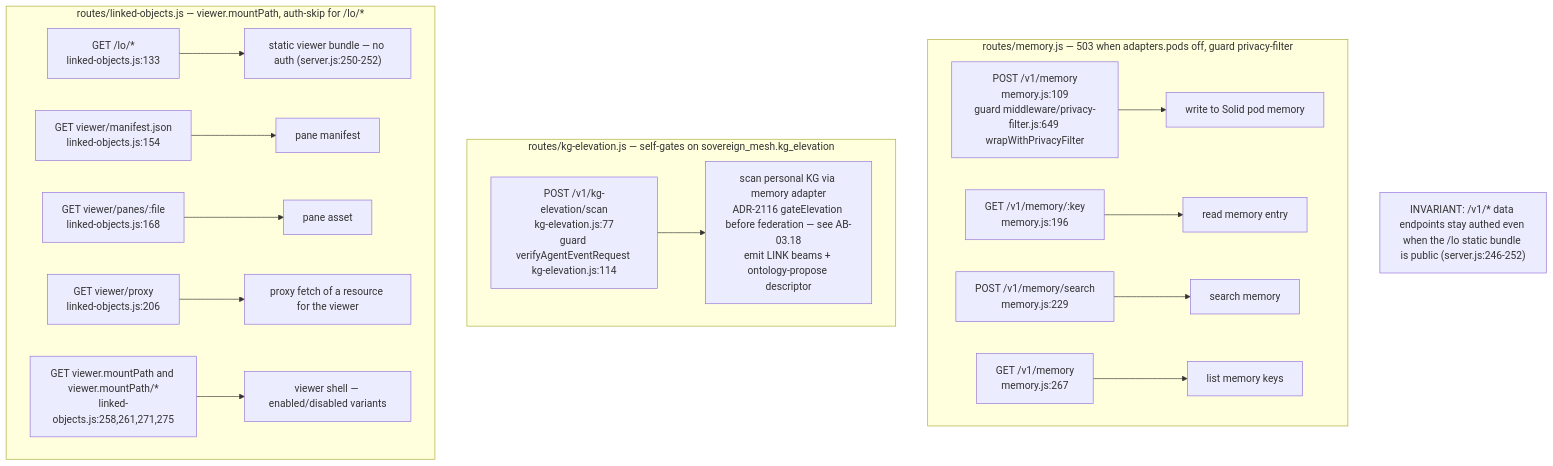
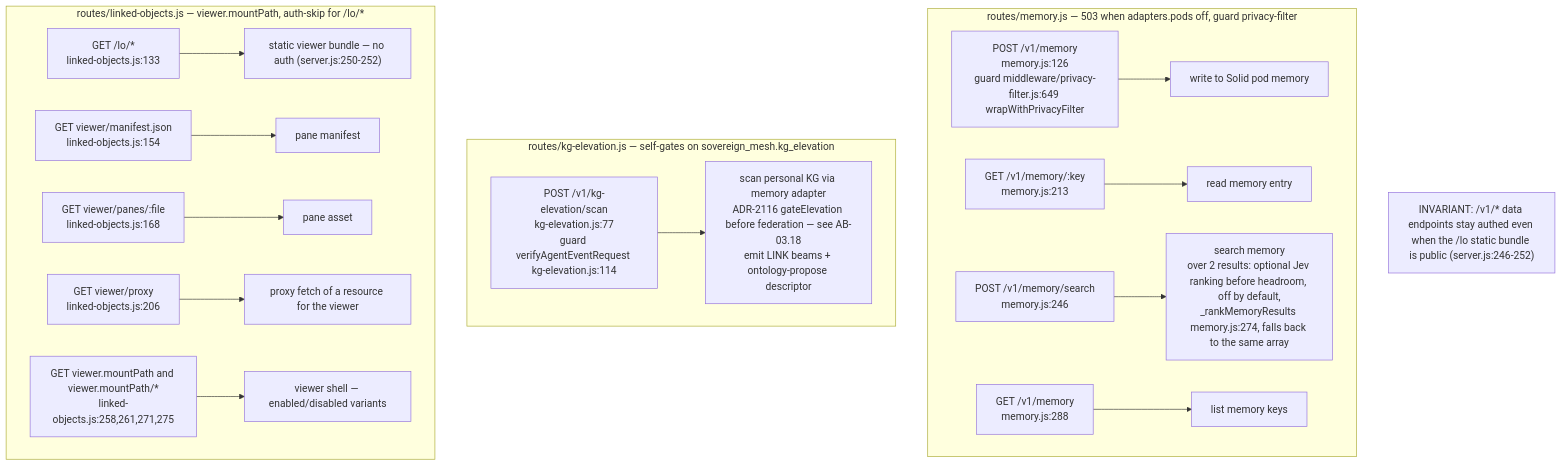
One commit to DreamLab-AI/VisionFlow changed the eighth of 17 diagrams in docs/diagrams/agentbox/03-management-api-request-lifecycle.md. Above: the diagram before and after it, drawn with Mermaid. The commit also changed other lines of this file and 160 other files, not shown here.

````diff
--- a/docs/diagrams/agentbox/03-management-api-request-lifecycle.md
+++ b/docs/diagrams/agentbox/03-management-api-request-lifecycle.md
@@ -332,20 +332,20 @@
 ```mermaid
 flowchart TD
     subgraph memory["routes/memory.js — 503 when adapters.pods off, guard privacy-filter"]
-        M1["POST /v1/memory<br/>memory.js:109<br/>guard middleware/privacy-filter.js:649 wrapWithPrivacyFilter"] --> MH1["write to Solid pod memory"]
-        M2["GET /v1/memory/:key<br/>memory.js:196"] --> MH2["read memory entry"]
-        M3["POST /v1/memory/search<br/>memory.js:229"] --> MH3["search memory"]
-        M4["GET /v1/memory<br/>memory.js:267"] --> MH4["list memory keys"]
+        M1["POST /v1/memory<br/>memory.js:126<br/>guard middleware/privacy-filter.js:649 wrapWithPrivacyFilter"] --> MH1["write to Solid pod memory"]
+        M2["GET /v1/memory/:key<br/>memory.js:213"] --> MH2["read memory entry"]
+        M3["POST /v1/memory/search<br/>memory.js:246"] --> MH3["search memory<br/>over 2 results: optional Jev ranking before headroom, off by default,<br/>_rankMemoryResults memory.js:274, falls back to the same array"]
+        M4["GET /v1/memory<br/>memory.js:288"] --> MH4["list memory keys"]
     end
     subgraph kg["routes/kg-elevation.js — self-gates on sovereign_mesh.kg_elevation"]
         K1["POST /v1/kg-elevation/scan<br/>kg-elevation.js:77<br/>guard verifyAgentEventRequest kg-elevation.js:114"] --> KH1["scan personal KG via memory adapter<br/>ADR-2116 gateElevation before federation — see AB-03.18<br/>emit LINK beams + ontology-propose descriptor"]
     end
     subgraph lo["routes/linked-objects.js — viewer.mountPath, auth-skip for /lo/*"]
         L1["GET /lo/*<br/>linked-objects.js:133"] --> LH1["static viewer bundle — no auth (server.js:250-252)"]
         L2["GET viewer/manifest.json<br/>linked-objects.js:154"] --> LH2["pane manifest"]
         L3["GET viewer/panes/:file<br/>linked-objects.js:168"] --> LH3["pane asset"]
         L4["GET viewer/proxy<br/>linked-objects.js:206"] --> LH4["proxy fetch of a resource for the viewer"]
         L5["GET viewer.mountPath and viewer.mountPath/*<br/>linked-objects.js:258,261,271,275"] --> LH5["viewer shell — enabled/disabled variants"]
     end
     Note1["INVARIANT: /v1/* data endpoints stay authed even when the /lo static bundle is public (server.js:246-252)"]
 ```
````
